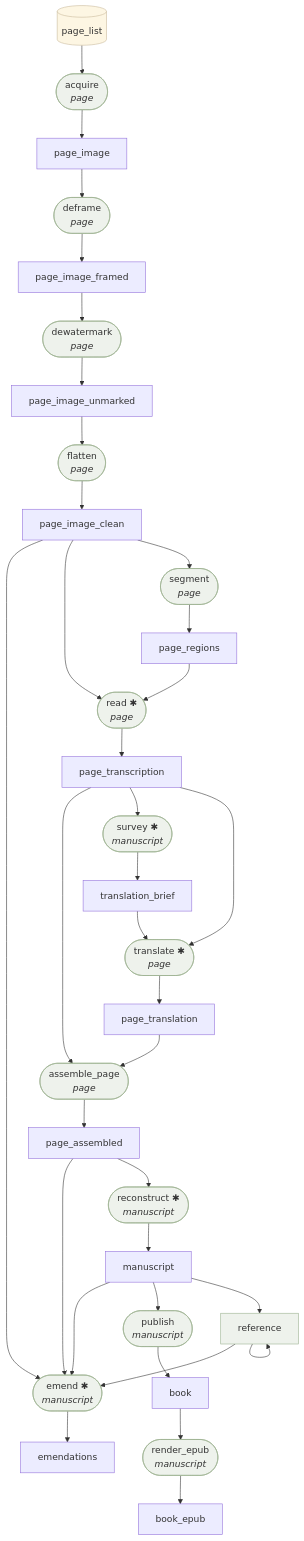
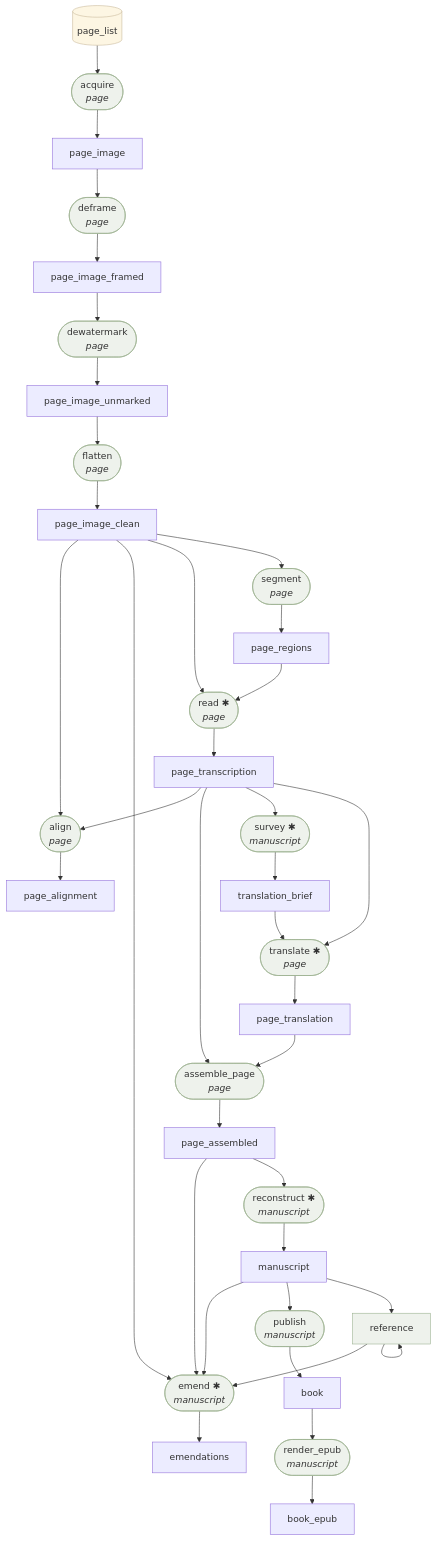
The diagram in docs/CONTRACTS.md (Dexin-Huang/palimpsest), drawn with Mermaid before and after one commit. The commit also changed other lines of this file and 6 other files, not shown here.

First line of the commit message:
feat(factory): align station — forced alignment of transcription to ink (GLYPHS.md M1)

```diff
--- a/docs/CONTRACTS.md
+++ b/docs/CONTRACTS.md
@@ -10,6 +10,9 @@
 flowchart TB
   page_list --> acquire
   acquire --> page_image
+  page_image_clean --> align
+  page_transcription --> align
+  align --> page_alignment
   page_transcription --> assemble_page
   page_translation --> assemble_page
   assemble_page --> page_assembled
@@ -44,6 +47,8 @@
   translate --> page_translation
   acquire(["acquire<br/><i>page</i>"])
   style acquire fill:#eef2ec,stroke:#9ab08f
+  align(["align<br/><i>page</i>"])
+  style align fill:#eef2ec,stroke:#9ab08f
   assemble_page(["assemble_page<br/><i>page</i>"])
   style assemble_page fill:#eef2ec,stroke:#9ab08f
   deframe(["deframe<br/><i>page</i>"])
@@ -74,6 +79,7 @@
   book_epub["book_epub"]
   emendations["emendations"]
   manuscript["manuscript"]
+  page_alignment["page_alignment"]
   page_assembled["page_assembled"]
   page_image["page_image"]
   page_image_clean["page_image_clean"]
```
